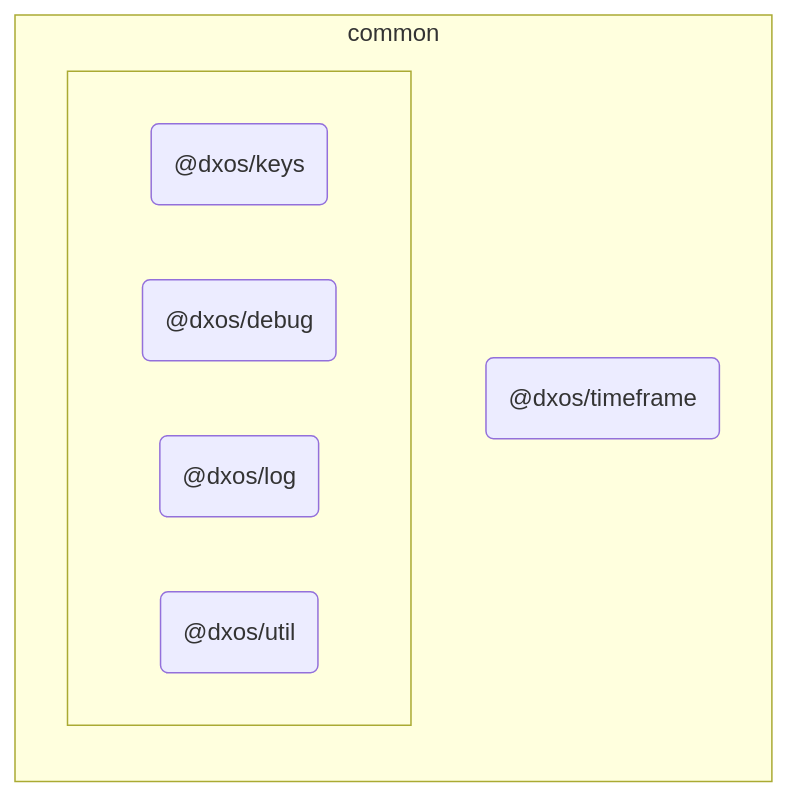
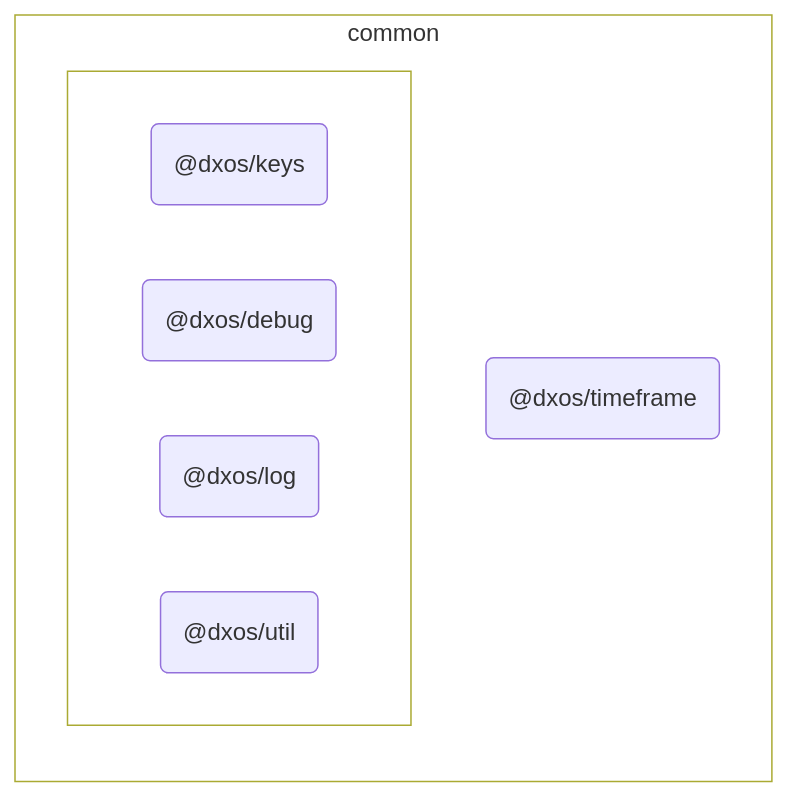
One commit to dxos/dxos changed the diagram in packages/common/timeframe/docs/README.md. Above: the diagram before and after it, drawn with Mermaid. The commit also changed 80 other files, not shown here.

````diff
--- a/packages/common/timeframe/docs/README.md
+++ b/packages/common/timeframe/docs/README.md
@@ -7,26 +7,29 @@
 ```mermaid
 %%{ init: {'flowchart':{'curve':'basis'}} }%%
 
 flowchart LR
 
+%% Classes
+
+
+
 %% Nodes
 
 subgraph common [common]
+  style common fill:transparent
   dxos/timeframe("@dxos/timeframe"):::root
   click dxos/timeframe "dxos/dxos/tree/main/packages/common/timeframe/docs"
 
   subgraph _ [ ]
+    style _ fill:transparent
     dxos/keys("@dxos/keys"):::def
     click dxos/keys "dxos/dxos/tree/main/packages/common/keys/docs"
     dxos/debug("@dxos/debug"):::def
     click dxos/debug "dxos/dxos/tree/main/packages/common/debug/docs"
     dxos/log("@dxos/log"):::def
     click dxos/log "dxos/dxos/tree/main/packages/common/log/docs"
     dxos/util("@dxos/util"):::def
     click dxos/util "dxos/dxos/tree/main/packages/common/util/docs"
   end
 end
-
-%% Links
-linkStyle default stroke:#333,stroke-width:1px
 ```
````
